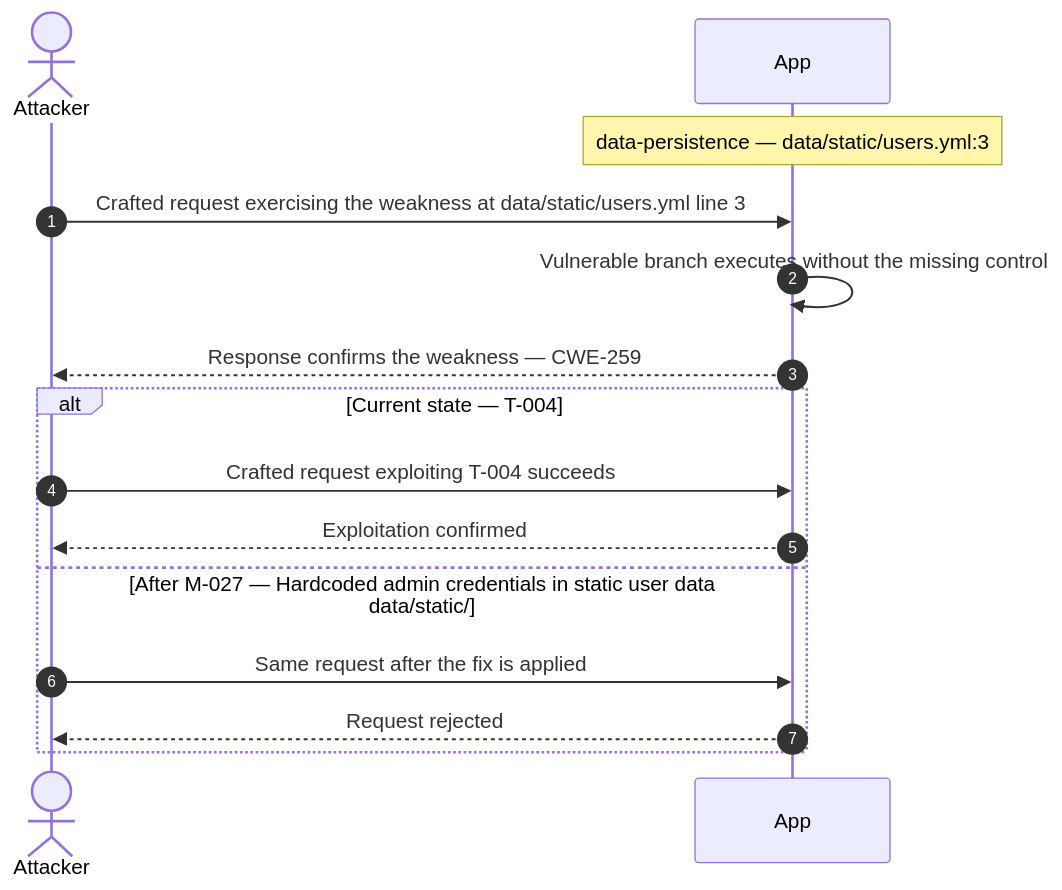
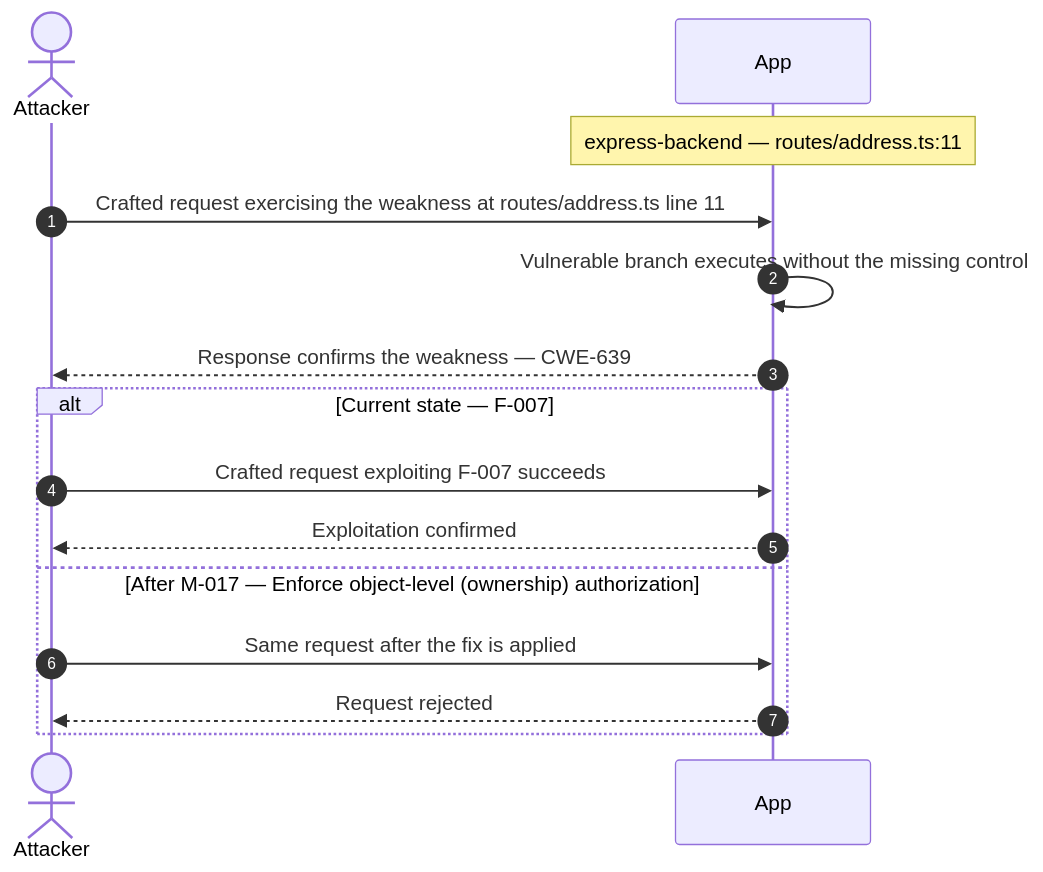
One commit to appsec-foundry/appsec-advisor changed the fifth of 12 diagrams in tests/fixtures/e2e/_repair-run/.fragments/_chain-skeleton.md. Above: the diagram before and after it, drawn with Mermaid. The commit also changed other lines of this file and 184 other files, not shown here.

````diff
--- a/tests/fixtures/e2e/_repair-run/.fragments/_chain-skeleton.md
+++ b/tests/fixtures/e2e/_repair-run/.fragments/_chain-skeleton.md
@@ -141,17 +177,17 @@
 ```mermaid
 sequenceDiagram
     autonumber
     actor Attacker
     participant App
-    Note over App: data-persistence — data/static/users.yml:3
-    Attacker->>App: Crafted request exercising the weakness at data/static/users.yml line 3
+    Note over App: express-backend — routes/address.ts:11
+    Attacker->>App: Crafted request exercising the weakness at routes/address.ts line 11
     App->>App: Vulnerable branch executes without the missing control
-    App-->>Attacker: Response confirms the weakness — CWE-259
-    alt Current state — T-004
-        Attacker->>App: Crafted request exploiting T-004 succeeds
+    App-->>Attacker: Response confirms the weakness — CWE-639
+    alt Current state — F-007
+        Attacker->>App: Crafted request exploiting F-007 succeeds
         App-->>Attacker: Exploitation confirmed
-    else After M-027 — Hardcoded admin credentials in static user data data/static/
+    else After M-017 — Enforce object-level (ownership) authorization
         Attacker->>App: Same request after the fix is applied
         App-->>Attacker: Request rejected
     end
 ```
````
